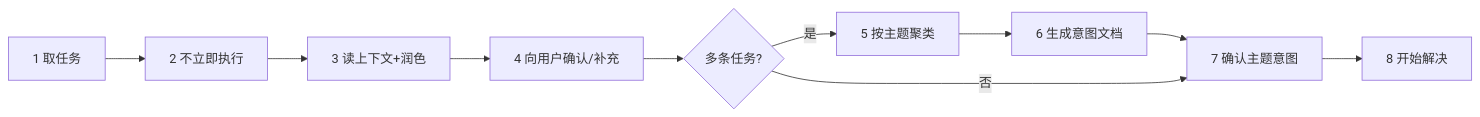
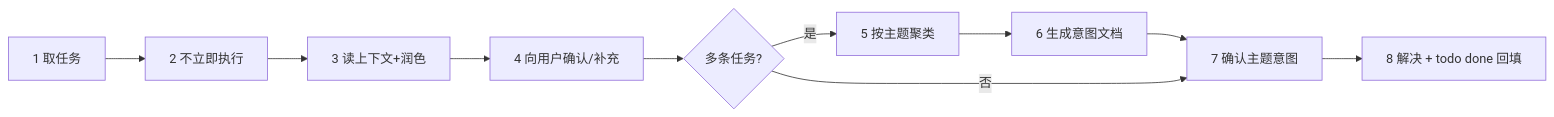
Before and after one commit to ZHLX2005/sl: the diagram in skills/taskget/SKILL.md, drawn with Mermaid. The commit also changed other lines of this file and 1 other file, not shown here.

````diff
--- a/skills/taskget/SKILL.md
+++ b/skills/taskget/SKILL.md
@@ -26,12 +49,12 @@
 ```mermaid
 flowchart LR
   A[1 取任务] --> B[2 不立即执行]
   B --> C[3 读上下文+润色]
   C --> D[4 向用户确认/补充]
   D --> E{多条任务?}
   E -- 是 --> F[5 按主题聚类]
   F --> G[6 生成意图文档]
   G --> H[7 确认主题意图]
   E -- 否 --> H
-  H --> I[8 开始解决]
+  H --> I[8 解决 + todo done 回填]
 ```
````
